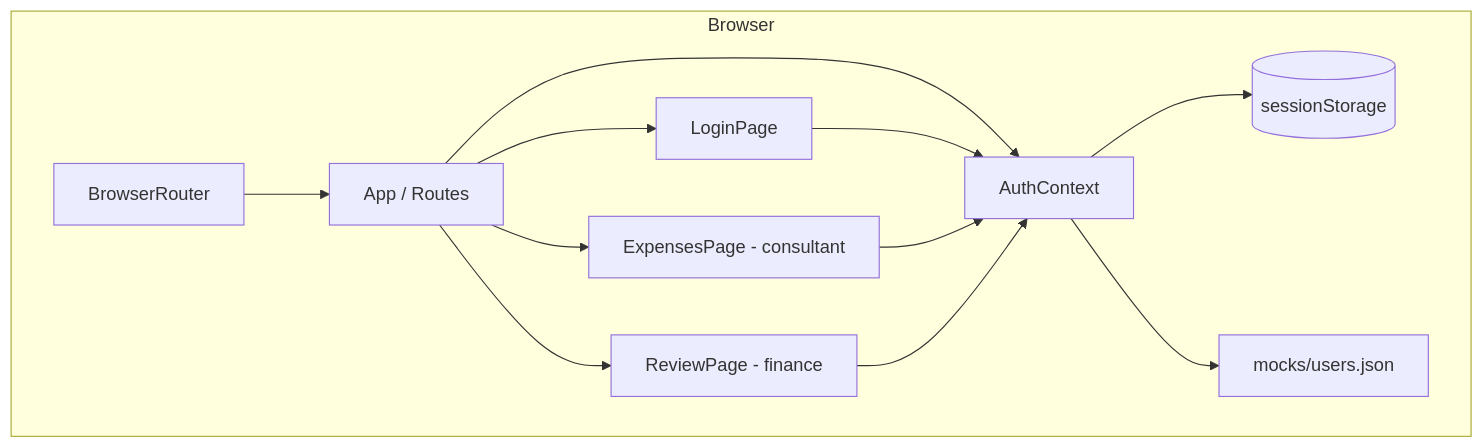
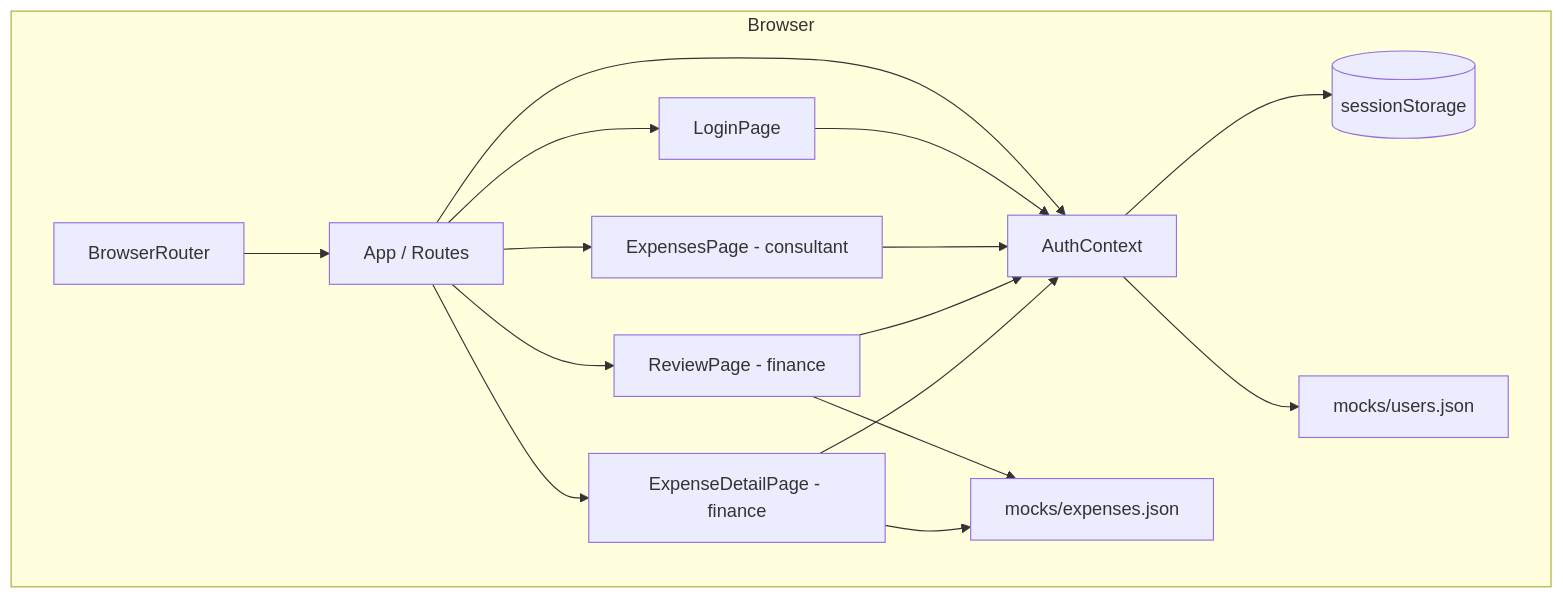
Before and after one commit to LewisHarvey-Netco/netco-expense: the diagram in docs/architecture.md, drawn with Mermaid. The commit also changed other lines of this file and 15 other files, not shown here.

````diff
--- a/docs/architecture.md
+++ b/docs/architecture.md
@@ -14,15 +14,19 @@
 ```mermaid
 flowchart TD
     subgraph Browser
         BR[BrowserRouter] --> APP[App / Routes]
         APP --> AC[AuthContext]
         AC --> SS[(sessionStorage)]
         AC --> MOCK[mocks/users.json]
         APP --> LP[LoginPage]
         APP --> EP[ExpensesPage - consultant]
         APP --> RP[ReviewPage - finance]
+        APP --> RDP[ExpenseDetailPage - finance]
         LP --> AC
         EP --> AC
         RP --> AC
+        RDP --> AC
+        RP --> MOCK2[mocks/expenses.json]
+        RDP --> MOCK2
     end
 ```
````
